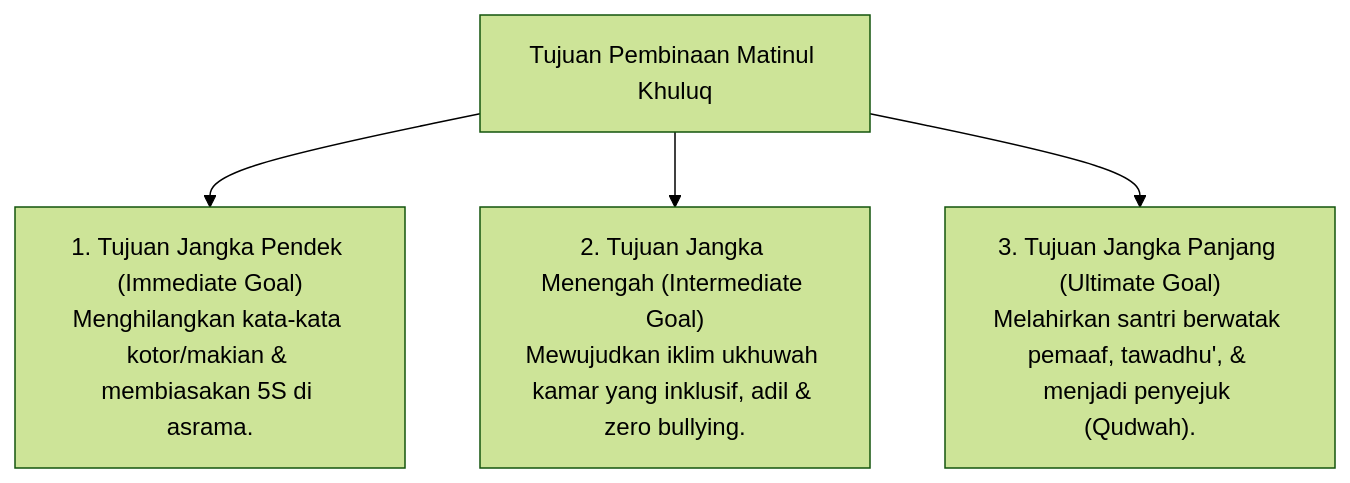
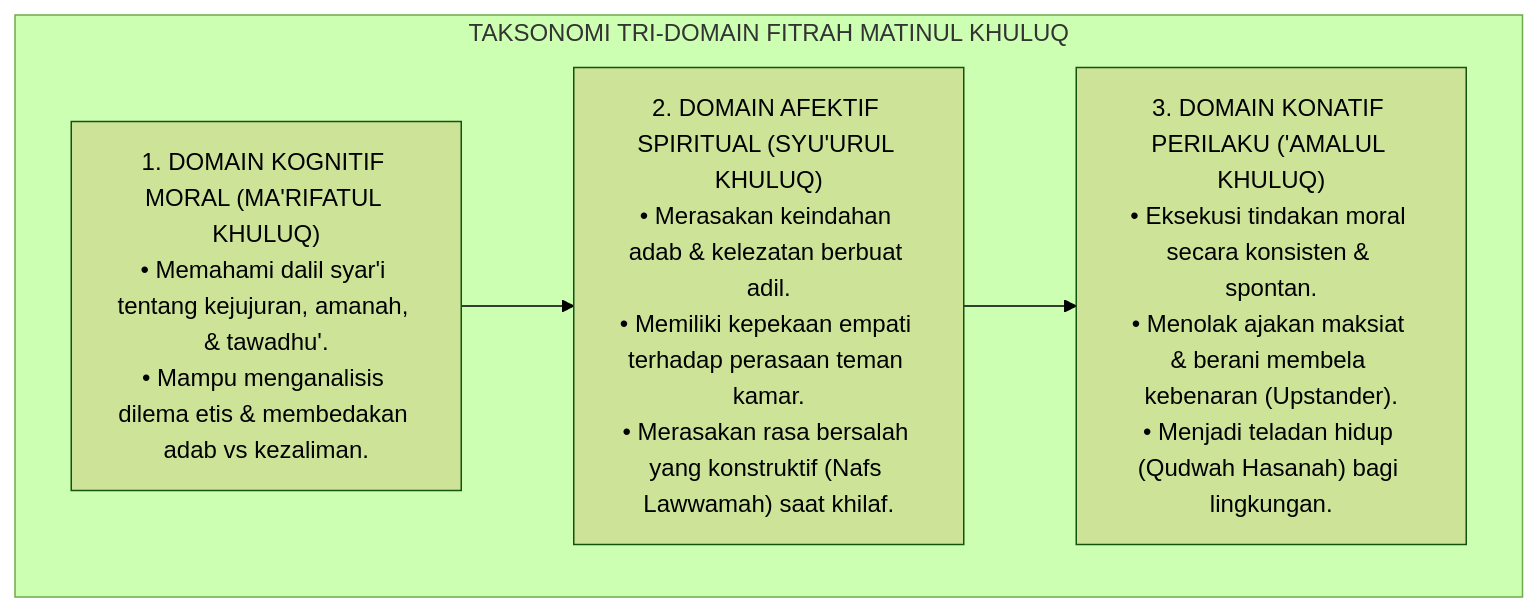
Before and after one commit to wandiapriliyandi/tumbuh: the third of 7 diagrams in 03 Capacity Framework/06 Matinul Khuluq/P3-06-03-Tujuan-dan-Target-Capaian.md, drawn with Mermaid (forest theme). The commit also changed other lines of this file and 14 other files, not shown here.

Commit message:
docs(03-capacity): complete 15 research monographs for 06 Matinul Khuluq

````diff
--- a/03 Capacity Framework/06 Matinul Khuluq/P3-06-03-Tujuan-dan-Target-Capaian.md
+++ b/03 Capacity Framework/06 Matinul Khuluq/P3-06-03-Tujuan-dan-Target-Capaian.md
@@ -10,8 +109,12 @@
 ```mermaid
-graph TD
-    Tujuan["Tujuan Pembinaan Matinul Khuluq"]
-    
-    Tujuan --> G1["1. Tujuan Jangka Pendek (Immediate Goal)<br/>Menghilangkan kata-kata kotor/makian & membiasakan 5S di asrama."]
-    Tujuan --> G2["2. Tujuan Jangka Menengah (Intermediate Goal)<br/>Mewujudkan iklim ukhuwah kamar yang inklusif, adil & zero bullying."]
-    Tujuan --> G3["3. Tujuan Jangka Panjang (Ultimate Goal)<br/>Melahirkan santri berwatak pemaaf, tawadhu', & menjadi penyejuk (Qudwah)."]
+flowchart TD
+    subgraph TaksonomiTriDomainFitrah["TAKSONOMI TRI-DOMAIN FITRAH MATINUL KHULUQ"]
+        Kog["1. DOMAIN KOGNITIF MORAL (MA'RIFATUL KHULUQ)<br/>• Memahami dalil syar'i tentang kejujuran, amanah, & tawadhu'.<br/>• Mampu menganalisis dilema etis & membedakan adab vs kezaliman."]
+        
+        Afek["2. DOMAIN AFEKTIF SPIRITUAL (SYU'URUL KHULUQ)<br/>• Merasakan keindahan adab & kelezatan berbuat adil.<br/>• Memiliki kepekaan empati terhadap perasaan teman kamar.<br/>• Merasakan rasa bersalah yang konstruktif (Nafs Lawwamah) saat khilaf."]
+        
+        Kona["3. DOMAIN KONATIF PERILAKU ('AMALUL KHULUQ)<br/>• Eksekusi tindakan moral secara konsisten & spontan.<br/>• Menolak ajakan maksiat & berani membela kebenaran (Upstander).<br/>• Menjadi teladan hidup (Qudwah Hasanah) bagi lingkungan."]
+        
+        Kog --> Afek --> Kona
+    end
 ```
````
